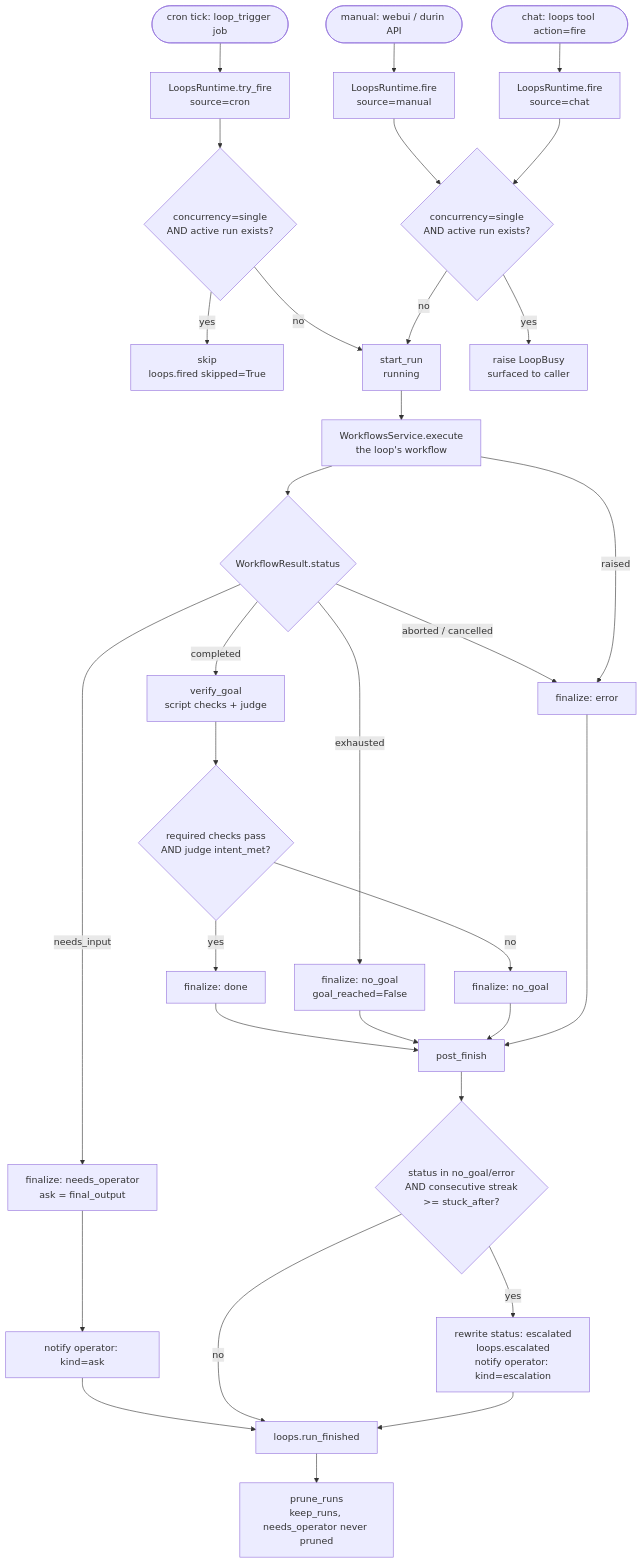
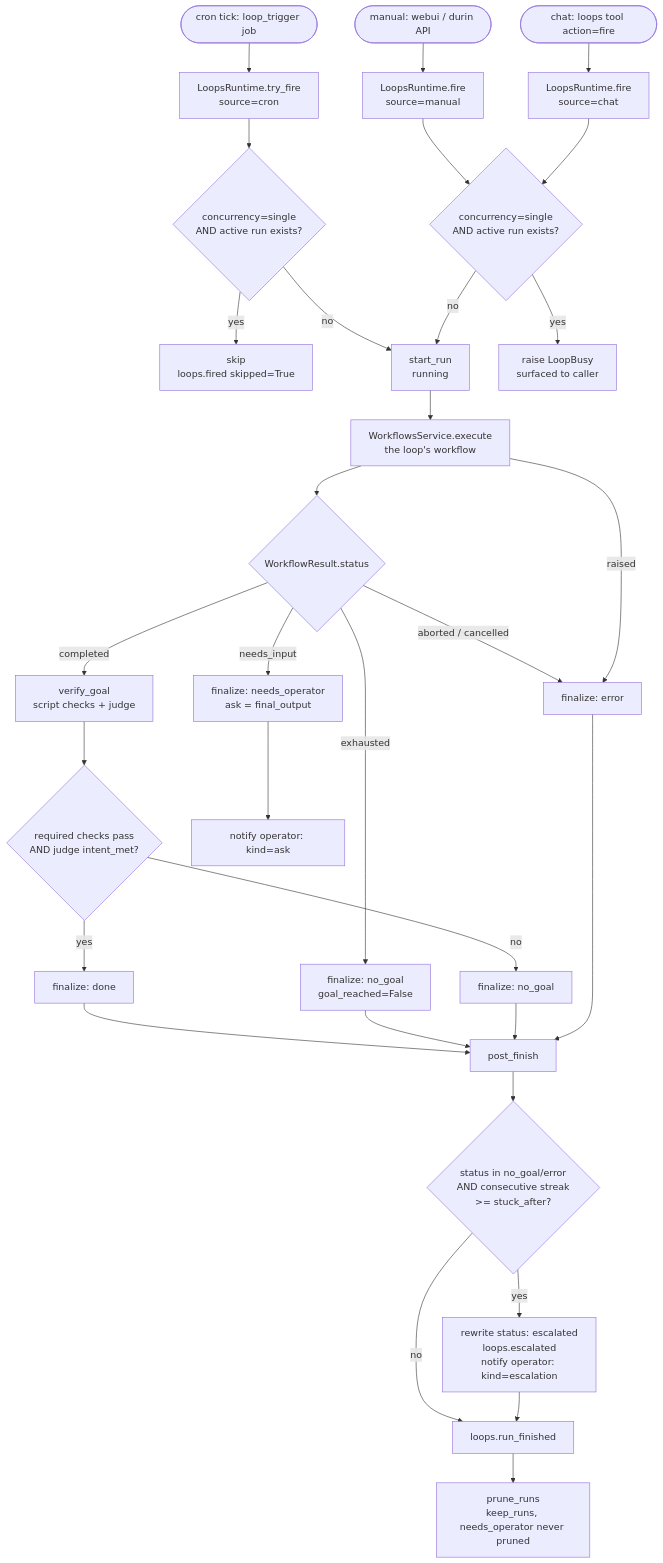
One commit to mmarmol/durin changed the diagram in docs/internals/loops.md. Above: the diagram before and after it, drawn with Mermaid. The commit also changed other lines of this file and 5 other files, not shown here.

Commit message:
fix(loops): correct _post_finish docs and surface Run now in Definitions

````diff
--- a/docs/internals/loops.md
+++ b/docs/internals/loops.md
@@ -53,39 +53,38 @@
 ```mermaid
 flowchart TD
     T1([cron tick: loop_trigger job]) --> TRY[LoopsRuntime.try_fire\nsource=cron]
     T2([manual: webui / durin API]) --> FIRE[LoopsRuntime.fire\nsource=manual]
     T3([chat: loops tool action=fire]) --> FIRE2[LoopsRuntime.fire\nsource=chat]
 
     TRY --> CONC{concurrency=single\nAND active run exists?}
     CONC -->|yes| SKIP[skip\nloops.fired skipped=True]
     CONC -->|no| RUN[start_run\nrunning]
     FIRE --> CONC2{concurrency=single\nAND active run exists?}
     CONC2 -->|yes| BUSY[raise LoopBusy\nsurfaced to caller]
     CONC2 -->|no| RUN
     FIRE2 --> CONC2
     RUN --> EXEC[WorkflowsService.execute\nthe loop's workflow]
     EXEC --> RESULT{WorkflowResult.status}
 
     RESULT -->|needs_input| ASK[finalize: needs_operator\nask = final_output]
     RESULT -->|completed| VERIFY[verify_goal\nscript checks + judge]
     RESULT -->|exhausted| NOGOAL1[finalize: no_goal\ngoal_reached=False]
     RESULT -->|aborted / cancelled| ERR[finalize: error]
     EXEC -->|raised| ERR
 
     VERIFY --> REACHED{required checks pass\nAND judge intent_met?}
     REACHED -->|yes| DONE[finalize: done]
     REACHED -->|no| NOGOAL2[finalize: no_goal]
 
     ASK --> NOTIFY1[notify operator: kind=ask]
     DONE --> POST[post_finish]
     NOGOAL1 --> POST
     NOGOAL2 --> POST
     ERR --> POST
-    NOTIFY1 --> TELEM[loops.run_finished]
 
     POST --> STREAK{status in no_goal/error\nAND consecutive streak\n>= stuck_after?}
     STREAK -->|yes| ESC[rewrite status: escalated\nloops.escalated\nnotify operator: kind=escalation]
-    STREAK -->|no| TELEM
+    STREAK -->|no| TELEM[loops.run_finished]
     ESC --> TELEM
     TELEM --> PRUNE[prune_runs\nkeep_runs, needs_operator never pruned]
 ```
````
